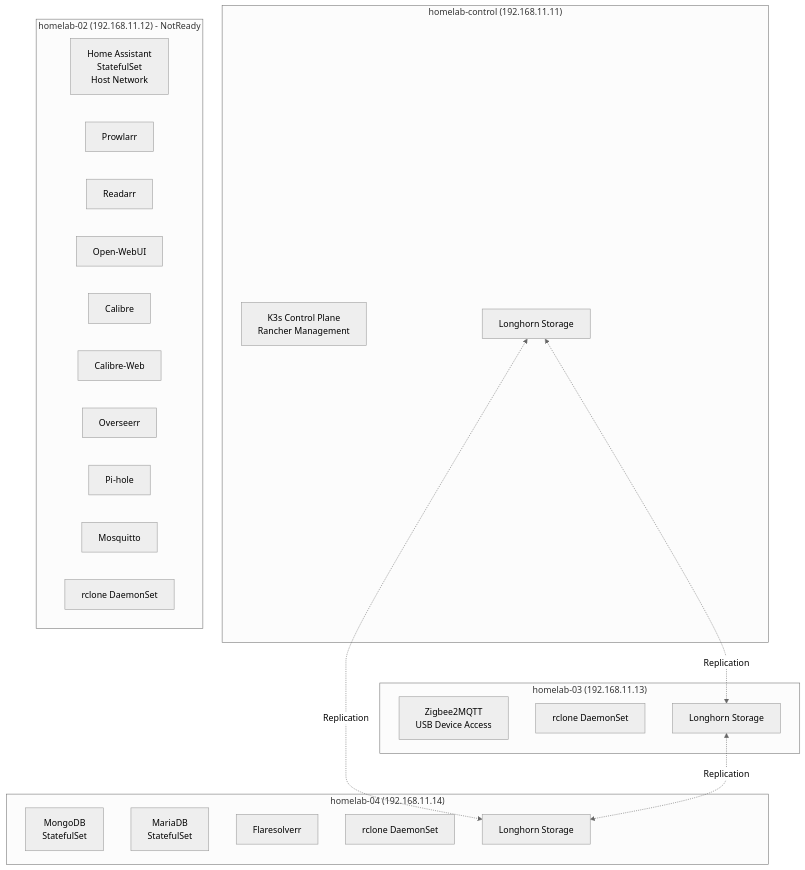
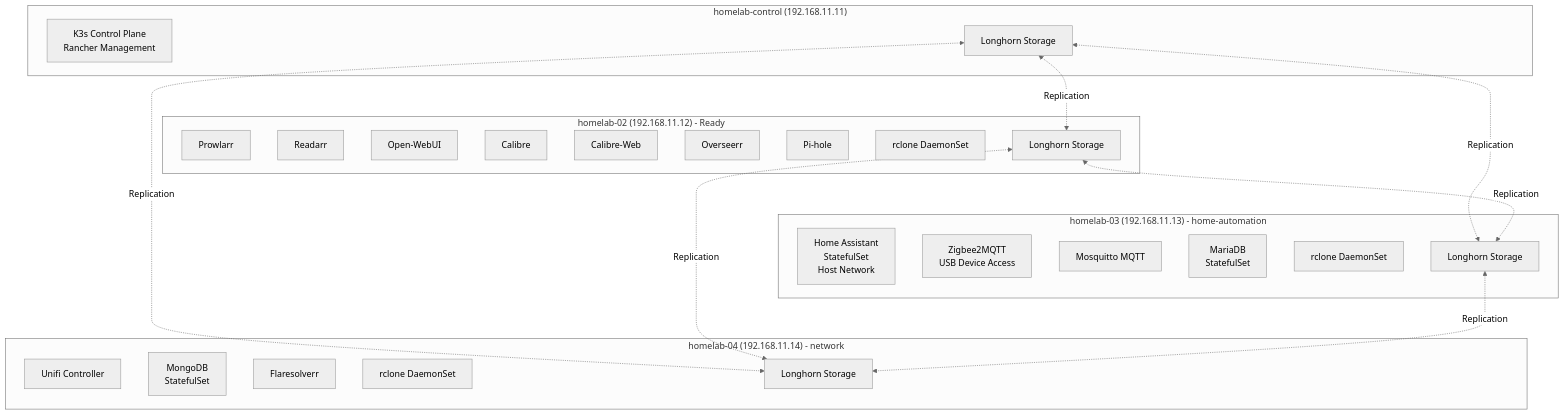
The fourth of 5 diagrams in network-diagram.md (erix/homelab), drawn with Mermaid (neutral theme) before and after one commit. The commit also changed other lines of this file and 6 other files, not shown here.

First line of the commit message:
Replace ASCII art with D2 diagrams and update network documentation

````diff
--- a/network-diagram.md
+++ b/network-diagram.md
@@ -133,38 +141,43 @@
 ```mermaid
 graph TB
     subgraph "homelab-control (192.168.11.11)"
         ControlPlane[K3s Control Plane<br/>Rancher Management]
         ControlLonghorn[Longhorn Storage]
     end
     
-    subgraph "homelab-02 (192.168.11.12) - NotReady"
-        HAStateful[Home Assistant<br/>StatefulSet<br/>Host Network]
+    subgraph "homelab-02 (192.168.11.12) - Ready"
         Prowlarr2[Prowlarr]
         Readarr2[Readarr]
         OpenWebUI2[Open-WebUI]
         Calibre2[Calibre]
         CalibreWeb2[Calibre-Web]
         Overseer2[Overseerr]
         Pihole2[Pi-hole]
-        Mosquitto2[Mosquitto]
         RClone2[rclone DaemonSet]
+        Node02Longhorn[Longhorn Storage]
     end
-    
-    subgraph "homelab-03 (192.168.11.13)"
+
+    subgraph "homelab-03 (192.168.11.13) - home-automation"
+        HAStateful[Home Assistant<br/>StatefulSet<br/>Host Network]
         Z2MPod[Zigbee2MQTT<br/>USB Device Access]
+        Mosquitto3[Mosquitto MQTT]
+        MariaStateful[MariaDB<br/>StatefulSet]
         RClone3[rclone DaemonSet]
         Node03Longhorn[Longhorn Storage]
     end
-    
-    subgraph "homelab-04 (192.168.11.14)"
+
+    subgraph "homelab-04 (192.168.11.14) - network"
+        UnifiPod[Unifi Controller]
         MongoStateful[MongoDB<br/>StatefulSet]
-        MariaStateful[MariaDB<br/>StatefulSet]
         FlaresolverrPod[Flaresolverr]
         RClone4[rclone DaemonSet]
         Node04Longhorn[Longhorn Storage]
     end
     
+    ControlLonghorn <-.->|Replication| Node02Longhorn
     ControlLonghorn <-.->|Replication| Node03Longhorn
     ControlLonghorn <-.->|Replication| Node04Longhorn
+    Node02Longhorn <-.->|Replication| Node03Longhorn
+    Node02Longhorn <-.->|Replication| Node04Longhorn
     Node03Longhorn <-.->|Replication| Node04Longhorn
 ```
````
